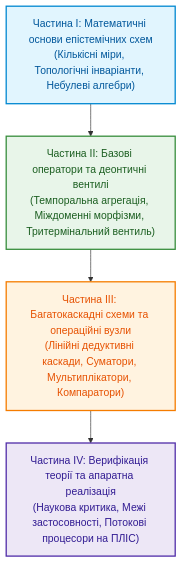
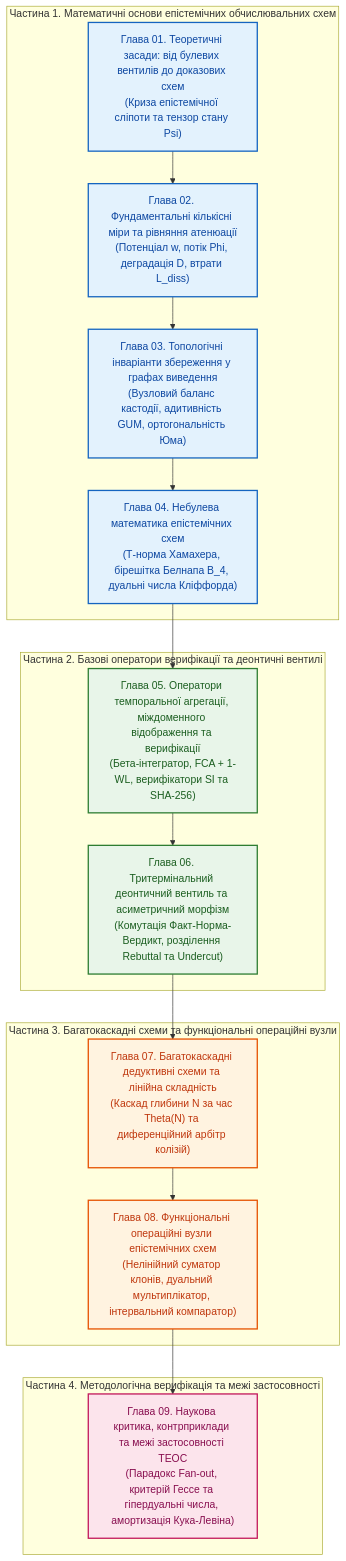
Before and after one commit to nick-fedchik/articles: the diagram in Epistemic_Circuit_Theory/README.md, drawn with Mermaid. The commit also changed other lines of this file and 9 other files, not shown here.

````diff
--- a/Epistemic_Circuit_Theory/README.md
+++ b/Epistemic_Circuit_Theory/README.md
@@ -26,22 +115,38 @@
 ```mermaid
 flowchart TD
-    accTitle: Архітектура чотирьох частин монографії Теорія епістемічних обчислювальних схем
-    accDescr: Послідовний перехід від фундаментальних кількісних мір, інваріантів збереження та небулевої алгебри через оператори верифікації й деонтичні вентилі до багатокаскадних схем та наукової критики.
+    accTitle: Рисунок 1. Чотирирівнева структурно-логічна схема монографії ТЕОС
+    accDescr: Діаграма показує послідовний розвиток монографії від Частини 1 (Математичні основи, Глави 01–04) через Частину 2 (Базові оператори та деонтичні вентилі, Глави 05–06) і Частину 3 (Багатокаскадні схеми та операційні вузли, Глави 07–08) до Частини 4 (Наукова критика та межі застосовності, Глава 09).
 
-    Part1["Частина I: Математичні основи епістемічних схем\n(Кількісні міри, Топологічні інваріанти, Небулеві алгебри)"]
-    Part2["Частина II: Базові оператори та деонтичні вентилі\n(Темпоральна агрегація, Міждоменні морфізми, Тритермінальний вентиль)"]
-    Part3["Частина III: Багатокаскадні схеми та операційні вузли\n(Лінійні дедуктивні каскади, Суматори, Мультиплікатори, Компаратори)"]
-    Part4["Частина IV: Верифікація теорії та апаратна реалізація\n(Наукова критика, Межі застосовності, Потокові процесори на ПЛІС)"]
+    subgraph Part1 ["Частина 1. Математичні основи епістемічних обчислювальних схем"]
+        Ch01["Глава 01. Теоретичні засади: від булевих вентилів до доказових схем\n(Криза епістемічної сліпоти та тензор стану Psi)"]
+        Ch02["Глава 02. Фундаментальні кількісні міри та рівняння атенюації\n(Потенціал w, потік Phi, деградація D, втрати L_diss)"]
+        Ch03["Глава 03. Топологічні інваріанти збереження у графах виведення\n(Вузловий баланс кастодії, адитивність GUM, ортогональність Юма)"]
+        Ch04["Глава 04. Небулева математика епістемічних схем\n(Т-норма Хамахера, бірешітка Белнапа B_4, дуальні числа Кліффорда)"]
+    end
 
-    Part1 --> Part2 --> Part3 --> Part4
+    subgraph Part2 ["Частина 2. Базові оператори верифікації та деонтичні вентилі"]
+        Ch05["Глава 05. Оператори темпоральної агрегації, міждоменного відображення та верифікації\n(Бета-інтегратор, FCA + 1-WL, верифікатори SI та SHA-256)"]
+        Ch06["Глава 06. Тритермінальний деонтичний вентиль та асиметричний морфізм\n(Комутація Факт-Норма-Вердикт, розділення Rebuttal та Undercut)"]
+    end
 
-    classDef p1Style fill:#e1f5fe,stroke:#0288d1,stroke-width:2px,color:#01579b;
-    classDef p2Style fill:#e8f5e9,stroke:#388e3c,stroke-width:2px,color:#1b5e20;
-    classDef p3Style fill:#fff3e0,stroke:#f57c00,stroke-width:2px,color:#e65100;
-    classDef p4Style fill:#ede7f6,stroke:#512da8,stroke-width:2px,color:#311b92;
+    subgraph Part3 ["Частина 3. Багатокаскадні схеми та функціональні операційні вузли"]
+        Ch07["Глава 07. Багатокаскадні дедуктивні схеми та лінійна складність\n(Каскад глибини N за час Theta(N) та диференційний арбітр колізій)"]
+        Ch08["Глава 08. Функціональні операційні вузли епістемічних схем\n(Нелінійний суматор клонів, дуальний мультиплікатор, інтервальний компаратор)"]
+    end
 
-    class Part1 p1Style;
-    class Part2 p2Style;
-    class Part3 p3Style;
-    class Part4 p4Style;
+    subgraph Part4 ["Частина 4. Методологічна верифікація та межі застосовності"]
+        Ch09["Глава 09. Наукова критика, контрприклади та межі застосовності ТЕОС\n(Парадокс Fan-out, критерій Гессе та гіпердуальні числа, амортизація Кука-Левіна)"]
+    end
+
+    Ch01 --> Ch02 --> Ch03 --> Ch04 --> Ch05 --> Ch06 --> Ch07 --> Ch08 --> Ch09
+
+    classDef p1Style fill:#e3f2fd,stroke:#1565c0,stroke-width:2px,color:#0d47a1;
+    classDef p2Style fill:#e8f5e9,stroke:#2e7d32,stroke-width:2px,color:#1b5e20;
+    classDef p3Style fill:#fff3e0,stroke:#e65100,stroke-width:2px,color:#bf360c;
+    classDef p4Style fill:#fce4ec,stroke:#c2185b,stroke-width:2px,color:#880e4f;
+
+    class Ch01,Ch02,Ch03,Ch04 p1Style;
+    class Ch05,Ch06 p2Style;
+    class Ch07,Ch08 p3Style;
+    class Ch09 p4Style;
 ```
````
